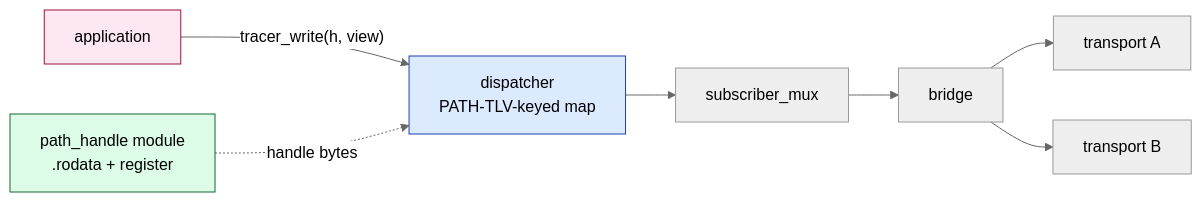
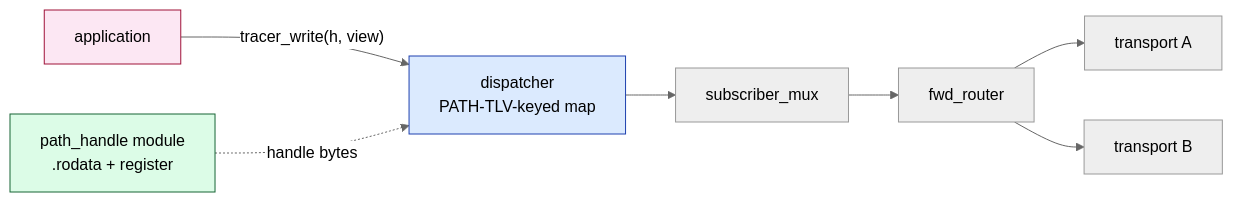
The diagram in docs/reference/10-module-catalog.md (avatarsd-llc/libtracer), drawn with Mermaid (neutral theme) before and after one commit. The commit also changed other lines of this file and 22 other files, not shown here.

````diff
--- a/docs/reference/10-module-catalog.md
+++ b/docs/reference/10-module-catalog.md
@@ -341,20 +341,20 @@
 ```mermaid
 flowchart LR
     APP[application]
     PH[path_handle module<br/>.rodata + register]
     DISP[dispatcher<br/>PATH-TLV-keyed map]
     SUBM[subscriber_mux]
-    BR[bridge]
+    FR[fwd_router]
     TXA[transport A]
     TXB[transport B]
 
     APP -- "tracer_write(h, view)" --> DISP
     PH -. "handle bytes" .-> DISP
     DISP --> SUBM
-    SUBM --> BR
-    BR --> TXA
-    BR --> TXB
+    SUBM --> FR
+    FR --> TXA
+    FR --> TXB
     style APP fill:#fce7f3,stroke:#9f1239
     style PH fill:#dcfce7,stroke:#166534
     style DISP fill:#dbeafe,stroke:#1e40af
 ```
````
